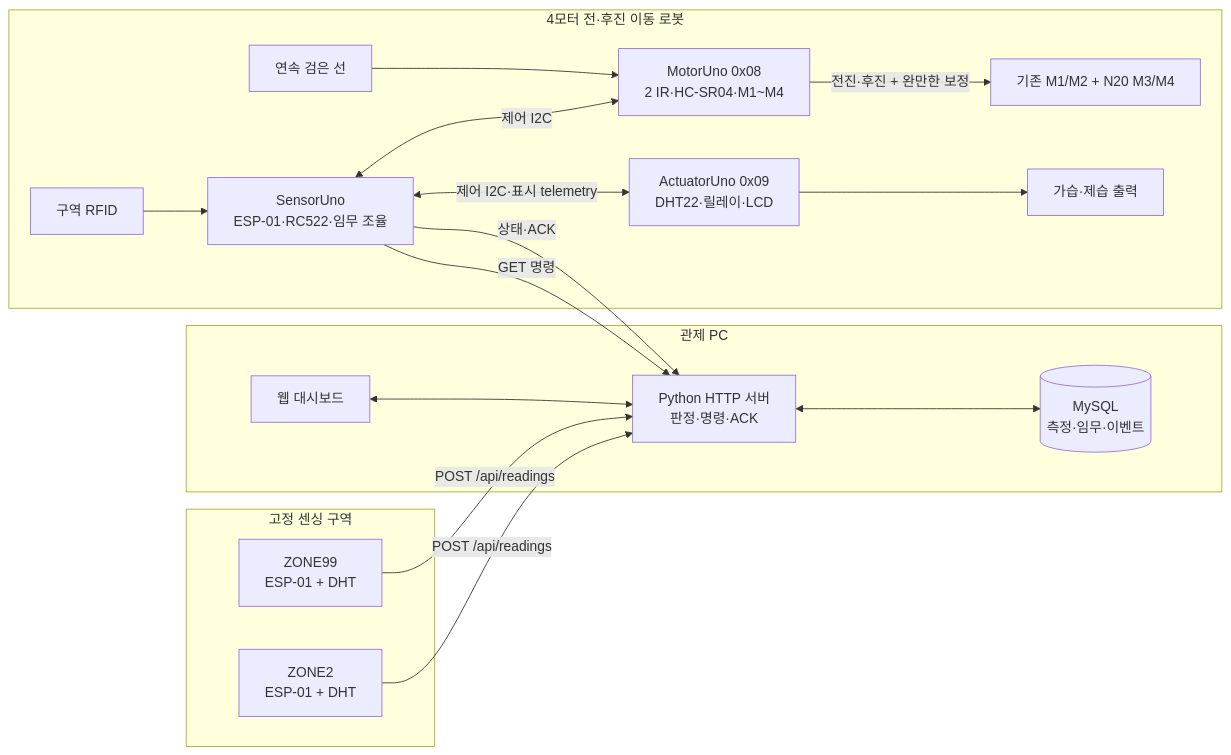
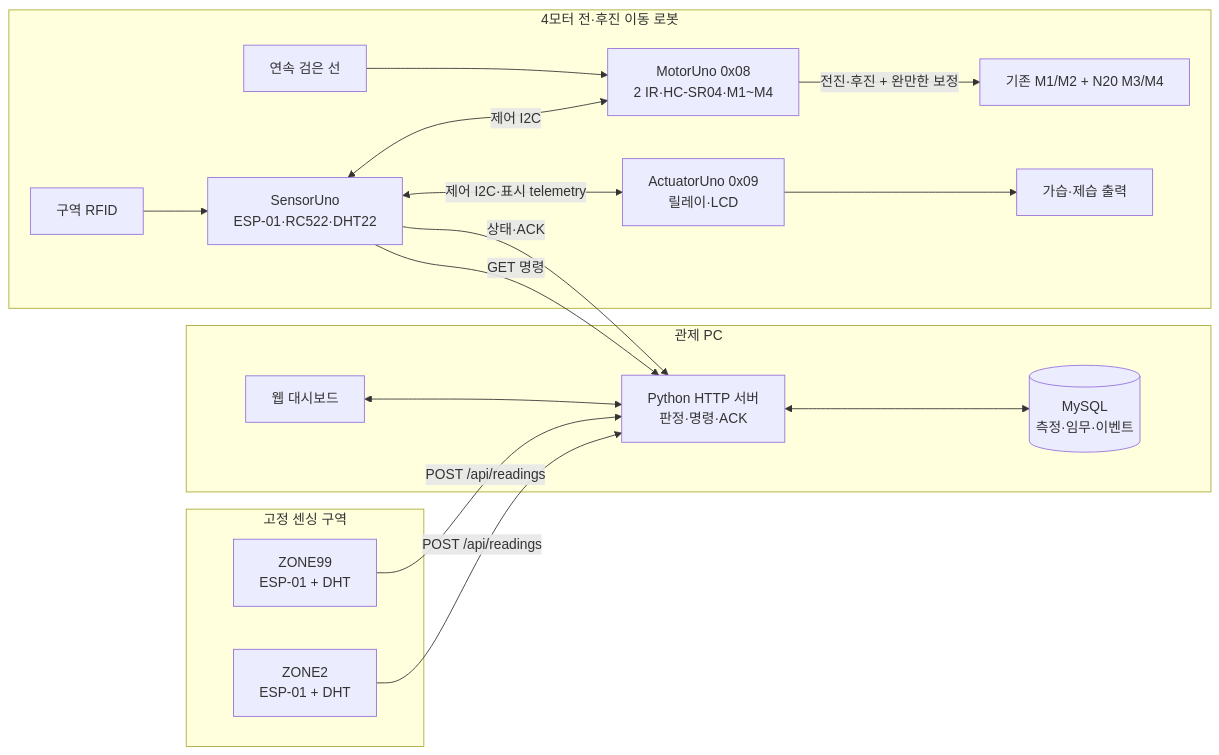
Before and after one commit to oioihoihoih/mobile-humidity-control-robot: the first of 2 diagrams in docs/architecture.md, drawn with Mermaid. The commit also changed other lines of this file and 22 other files, not shown here.

````diff
--- a/docs/architecture.md
+++ b/docs/architecture.md
@@ -7,36 +7,36 @@
 ```mermaid
 flowchart LR
     subgraph ZONES[고정 센싱 구역]
         Z2[ZONE2<br/>ESP-01 + DHT]
         Z99[ZONE99<br/>ESP-01 + DHT]
     end
 
     subgraph SERVER[관제 PC]
         API[Python HTTP 서버<br/>판정·명령·ACK]
         DB[(MySQL<br/>측정·임무·이벤트)]
         UI[웹 대시보드]
     end
 
     subgraph ROBOT[4모터 전·후진 이동 로봇]
-        SENSOR[SensorUno<br/>ESP-01·RC522·임무 조율]
+        SENSOR[SensorUno<br/>ESP-01·RC522·DHT22]
         MOTOR[MotorUno 0x08<br/>2 IR·HC-SR04·M1~M4]
-        ACT[ActuatorUno 0x09<br/>DHT22·릴레이·LCD]
+        ACT[ActuatorUno 0x09<br/>릴레이·LCD]
         TRACK[연속 검은 선]
         TAGS[구역 RFID]
         WHEELS[기존 M1/M2 + N20 M3/M4]
         LOADS[가습·제습 출력]
     end
 
     Z2 -->|POST /api/readings| API
     Z99 -->|POST /api/readings| API
     API <--> DB
     UI <--> API
     SENSOR -->|GET 명령| API
     SENSOR -->|상태·ACK| API
     SENSOR <-->|제어 I2C| MOTOR
     SENSOR <-->|제어 I2C·표시 telemetry| ACT
     TRACK --> MOTOR
     TAGS --> SENSOR
     MOTOR -->|전진·후진 + 완만한 보정| WHEELS
     ACT --> LOADS
 ```
````
